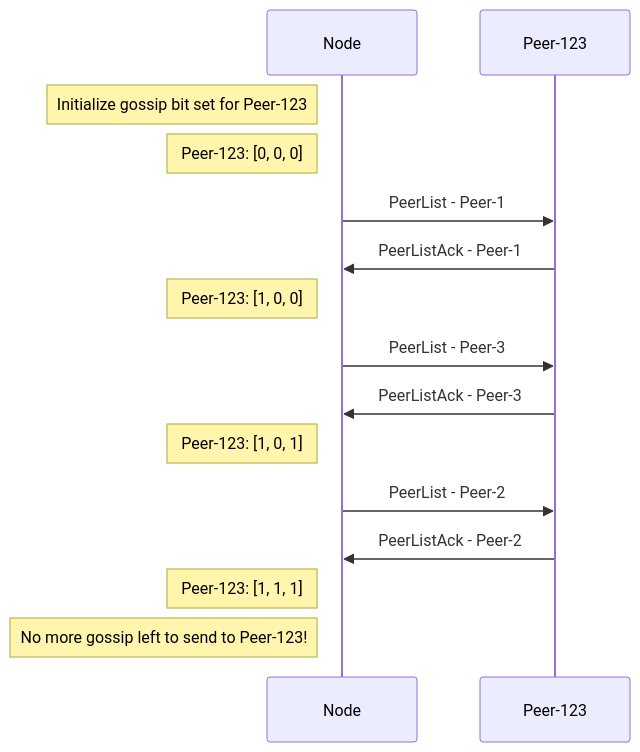
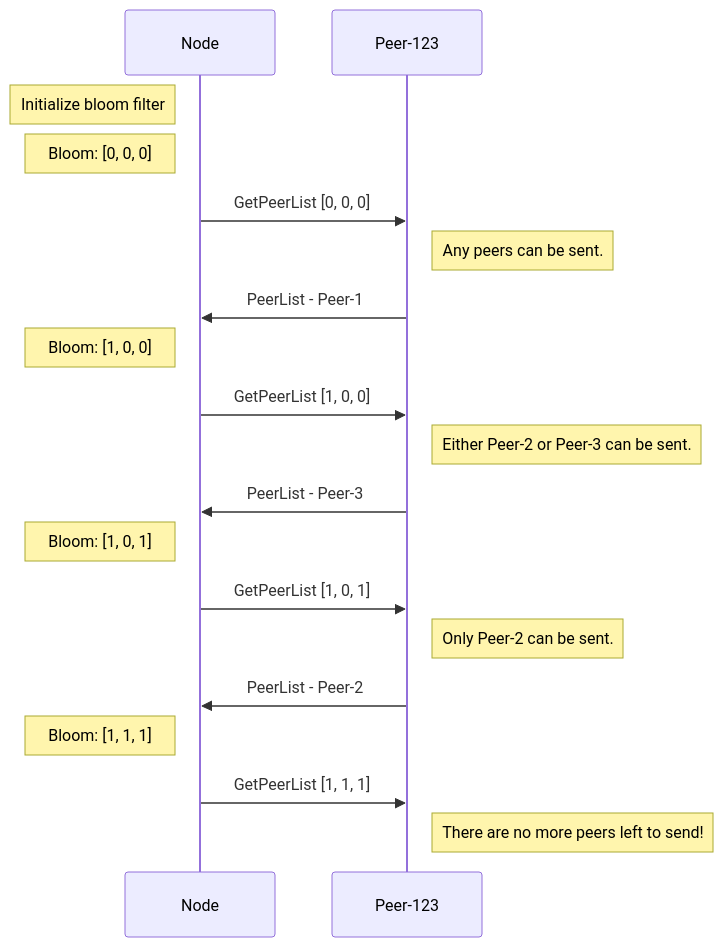
One commit to flare-foundation/go-flare changed the fifth of 5 diagrams in avalanchego/network/README.md. Above: the diagram before and after it, drawn with Mermaid. The commit also changed other lines of this file and 2405 other files, not shown here.

````diff
--- a/avalanchego/network/README.md
+++ b/avalanchego/network/README.md
@@ -139,15 +125,19 @@
 ```mermaid
 sequenceDiagram
-Note left of Node: Initialize gossip bit set for Peer-123
-Note left of Node: Peer-123: [0, 0, 0]
-Node->>Peer-123: PeerList - Peer-1
-Peer-123->>Node: PeerListAck - Peer-1
-Note left of Node: Peer-123: [1, 0, 0]
-Node->>Peer-123: PeerList - Peer-3
-Peer-123->>Node: PeerListAck - Peer-3
-Note left of Node: Peer-123: [1, 0, 1]
-Node->>Peer-123: PeerList - Peer-2
-Peer-123->>Node: PeerListAck - Peer-2
-Note left of Node: Peer-123: [1, 1, 1]
-Note left of Node: No more gossip left to send to Peer-123!
+Note left of Node: Initialize bloom filter
+Note left of Node: Bloom: [0, 0, 0]
+Node->>Peer-123: GetPeerList [0, 0, 0]
+Note right of Peer-123: Any peers can be sent.
+Peer-123->>Node: PeerList - Peer-1
+Note left of Node: Bloom: [1, 0, 0]
+Node->>Peer-123: GetPeerList [1, 0, 0]
+Note right of Peer-123: Either Peer-2 or Peer-3 can be sent.
+Peer-123->>Node: PeerList - Peer-3
+Note left of Node: Bloom: [1, 0, 1]
+Node->>Peer-123: GetPeerList [1, 0, 1]
+Note right of Peer-123: Only Peer-2 can be sent.
+Peer-123->>Node: PeerList - Peer-2
+Note left of Node: Bloom: [1, 1, 1]
+Node->>Peer-123: GetPeerList [1, 1, 1]
+Note right of Peer-123: There are no more peers left to send!
 ```
````
